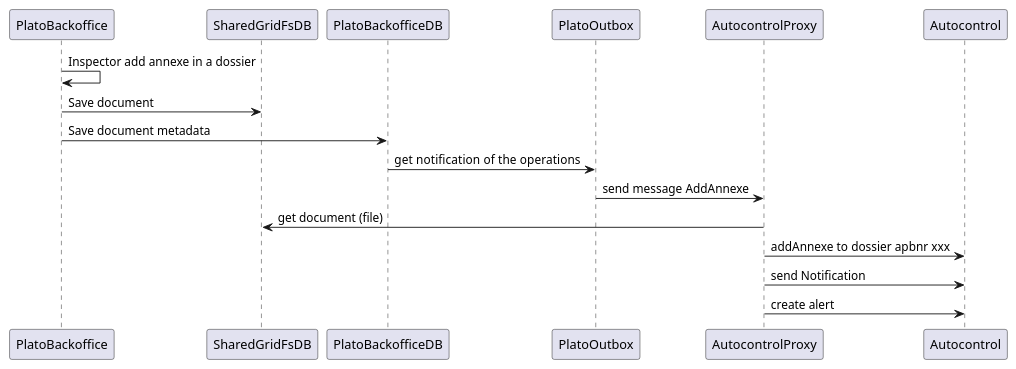
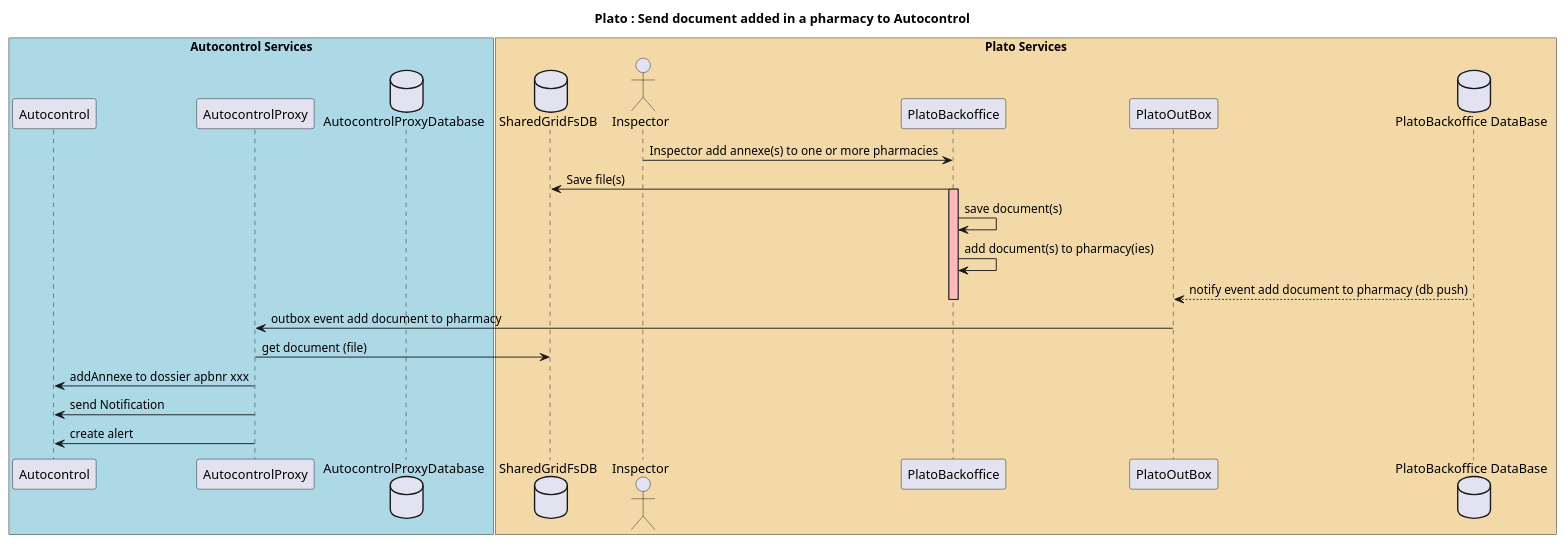
Before and after one commit to jv-it-io/archi-documentation: the diagram in src/docs/asciidoc/architecture/plantuml/annexe_PlatoToAutocontrol.puml, drawn with PlantUML. The commit also changed 1 other file, not shown here.

Commit message:
Update diagram add annexe from plato to autocontrol

```diff
--- a/src/docs/asciidoc/architecture/plantuml/annexe_PlatoToAutocontrol.puml
+++ b/src/docs/asciidoc/architecture/plantuml/annexe_PlatoToAutocontrol.puml
@@ -1,17 +1,37 @@
 @startuml
 
-PlatoBackoffice -> PlatoBackoffice: Inspector add annexe in a dossier
+title Plato : Send document added in a pharmacy to Autocontrol
 
-PlatoBackoffice -> SharedGridFsDB: Save document
-PlatoBackoffice -> PlatoBackofficeDB: Save document metadata
+box "Autocontrol Services" #LightBlue
+participant Autocontrol
+participant AutocontrolProxy
+database AutocontrolProxyDatabase
+end box
 
-PlatoOutbox <- PlatoBackofficeDB: get notification  of the operations
-PlatoOutbox -> AutocontrolProxy: send message AddAnnexe
+box "Plato Services" #f2d9a7
+database SharedGridFsDB
+actor Inspector
+participant PlatoBackoffice
+participant PlatoOutBox
+
+database "PlatoBackoffice DataBase"
+end box
+
+Inspector -> PlatoBackoffice: Inspector add annexe(s) to one or more pharmacies
+
+
+PlatoBackoffice -> SharedGridFsDB: Save file(s)
+activate PlatoBackoffice #FFBBBB
+PlatoBackoffice -> PlatoBackoffice: save document(s)
+PlatoBackoffice -> PlatoBackoffice: add document(s) to pharmacy(ies)
+PlatoOutBox <-- "PlatoBackoffice DataBase" : notify event add document to pharmacy (db push)
+deactivate PlatoBackoffice #FFBBBB
+PlatoOutBox -> AutocontrolProxy: outbox event add document to pharmacy
 
 AutocontrolProxy -> SharedGridFsDB: get document (file)
 
 AutocontrolProxy -> Autocontrol: addAnnexe to dossier apbnr xxx
 AutocontrolProxy -> Autocontrol: send Notification
 AutocontrolProxy -> Autocontrol: create alert
 
 @enduml
```
